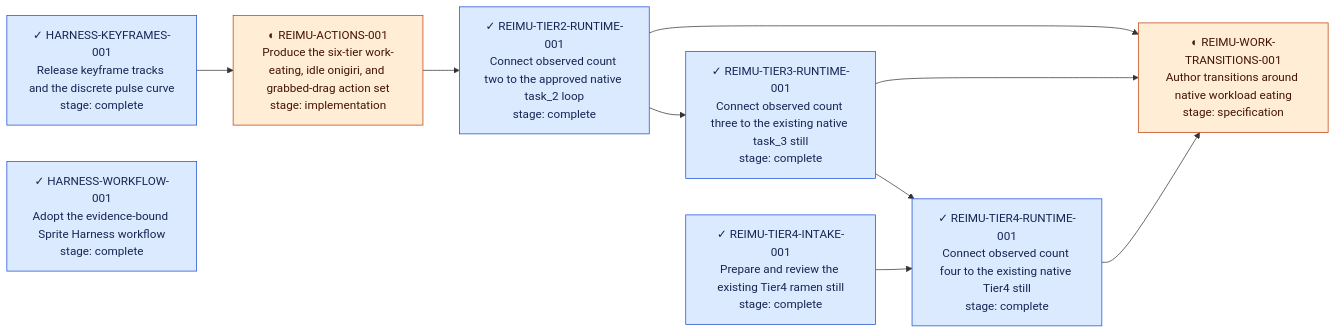
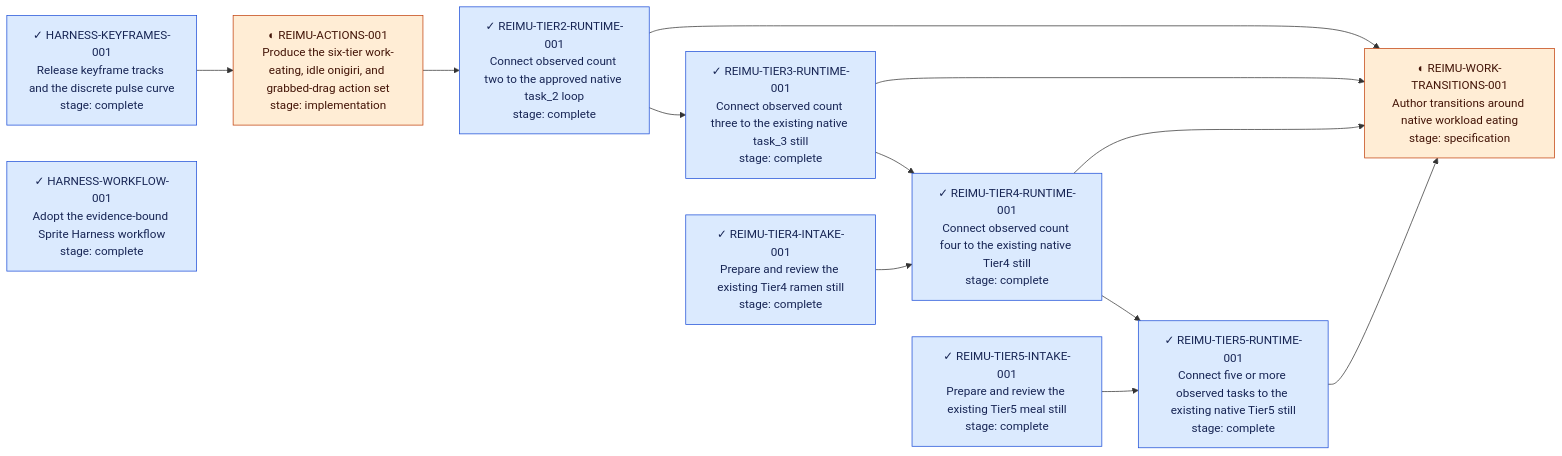
The diagram in workflow/README.md (lyw-ops/Spirite-harness), drawn with Mermaid before and after one commit. The commit also changed other lines of this file and 8 other files, not shown here.

Commit message:
Close Reimu Tier 5 native static slice

````diff
--- a/workflow/README.md
+++ b/workflow/README.md
@@ -43,24 +45,29 @@
 ```mermaid
 flowchart LR
     N_HARNESS_KEYFRAMES_001["✓ HARNESS-KEYFRAMES-001<br/>Release keyframe tracks and the discrete pulse curve<br/>stage: complete"]
     N_HARNESS_WORKFLOW_001["✓ HARNESS-WORKFLOW-001<br/>Adopt the evidence-bound Sprite Harness workflow<br/>stage: complete"]
     N_REIMU_ACTIONS_001["◐ REIMU-ACTIONS-001<br/>Produce the six-tier work-eating, idle onigiri, and grabbed-drag action set<br/>stage: implementation"]
     N_REIMU_TIER2_RUNTIME_001["✓ REIMU-TIER2-RUNTIME-001<br/>Connect observed count two to the approved native task_2 loop<br/>stage: complete"]
     N_REIMU_TIER3_RUNTIME_001["✓ REIMU-TIER3-RUNTIME-001<br/>Connect observed count three to the existing native task_3 still<br/>stage: complete"]
     N_REIMU_TIER4_INTAKE_001["✓ REIMU-TIER4-INTAKE-001<br/>Prepare and review the existing Tier4 ramen still<br/>stage: complete"]
     N_REIMU_TIER4_RUNTIME_001["✓ REIMU-TIER4-RUNTIME-001<br/>Connect observed count four to the existing native Tier4 still<br/>stage: complete"]
+    N_REIMU_TIER5_INTAKE_001["✓ REIMU-TIER5-INTAKE-001<br/>Prepare and review the existing Tier5 meal still<br/>stage: complete"]
+    N_REIMU_TIER5_RUNTIME_001["✓ REIMU-TIER5-RUNTIME-001<br/>Connect five or more observed tasks to the existing native Tier5 still<br/>stage: complete"]
     N_REIMU_WORK_TRANSITIONS_001["◐ REIMU-WORK-TRANSITIONS-001<br/>Author transitions around native workload eating<br/>stage: specification"]
     N_HARNESS_KEYFRAMES_001 --> N_REIMU_ACTIONS_001
     N_REIMU_ACTIONS_001 --> N_REIMU_TIER2_RUNTIME_001
     N_REIMU_TIER2_RUNTIME_001 --> N_REIMU_TIER3_RUNTIME_001
     N_REIMU_TIER3_RUNTIME_001 --> N_REIMU_TIER4_RUNTIME_001
     N_REIMU_TIER4_INTAKE_001 --> N_REIMU_TIER4_RUNTIME_001
+    N_REIMU_TIER4_RUNTIME_001 --> N_REIMU_TIER5_RUNTIME_001
+    N_REIMU_TIER5_INTAKE_001 --> N_REIMU_TIER5_RUNTIME_001
     N_REIMU_TIER2_RUNTIME_001 --> N_REIMU_WORK_TRANSITIONS_001
     N_REIMU_TIER3_RUNTIME_001 --> N_REIMU_WORK_TRANSITIONS_001
     N_REIMU_TIER4_RUNTIME_001 --> N_REIMU_WORK_TRANSITIONS_001
+    N_REIMU_TIER5_RUNTIME_001 --> N_REIMU_WORK_TRANSITIONS_001
     classDef complete fill:#dbeafe,stroke:#1d4ed8,color:#172554;
     classDef active fill:#ffedd5,stroke:#c2410c,color:#431407;
     classDef blocked fill:#fee2e2,stroke:#b91c1c,color:#450a0a;
-    class N_HARNESS_KEYFRAMES_001,N_HARNESS_WORKFLOW_001,N_REIMU_TIER2_RUNTIME_001,N_REIMU_TIER3_RUNTIME_001,N_REIMU_TIER4_INTAKE_001,N_REIMU_TIER4_RUNTIME_001 complete;
+    class N_HARNESS_KEYFRAMES_001,N_HARNESS_WORKFLOW_001,N_REIMU_TIER2_RUNTIME_001,N_REIMU_TIER3_RUNTIME_001,N_REIMU_TIER4_INTAKE_001,N_REIMU_TIER4_RUNTIME_001,N_REIMU_TIER5_INTAKE_001,N_REIMU_TIER5_RUNTIME_001 complete;
     class N_REIMU_ACTIONS_001,N_REIMU_WORK_TRANSITIONS_001 active;
 ```
````
